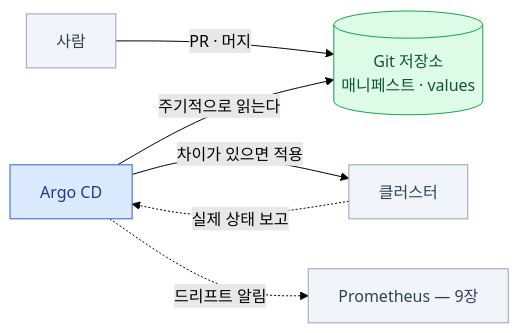
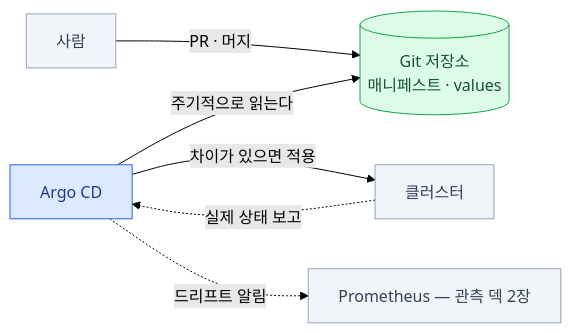
The diagram in src/content/docs/onprem/09-gitops.mdx (mechurak/study-starlight), drawn with Mermaid (forest theme) before and after one commit. The commit also changed 13 other files, not shown here.

````diff
--- a/src/content/docs/onprem/09-gitops.mdx
+++ b/src/content/docs/onprem/09-gitops.mdx
@@ -43,15 +43,15 @@
 ```mermaid
 flowchart LR
     DEV["사람"] -->|"PR · 머지"| GIT[("Git 저장소<br/>매니페스트 · values")]
     ARGO["Argo CD"] -->|"주기적으로 읽는다"| GIT
     ARGO -->|"차이가 있으면 적용"| K8S["클러스터"]
     K8S -.->|"실제 상태 보고"| ARGO
-    ARGO -.->|"드리프트 알림"| OBS["Prometheus — 9장"]
+    ARGO -.->|"드리프트 알림"| OBS["Prometheus — 관측 덱 2장"]
 
     classDef key  fill:#dbeafe,stroke:#2563eb,color:#1e3a8a
     classDef ok   fill:#dcfce7,stroke:#16a34a,color:#14532d
     classDef mute fill:#f1f5f9,stroke:#94a3b8,color:#334155
     class GIT ok
     class ARGO key
     class DEV,K8S,OBS mute
 ```
````
